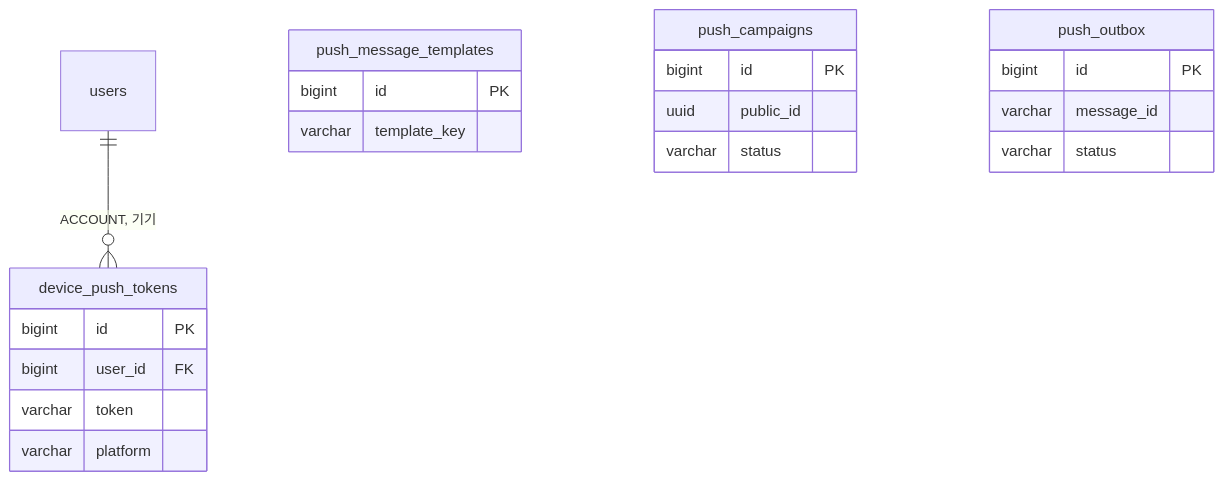
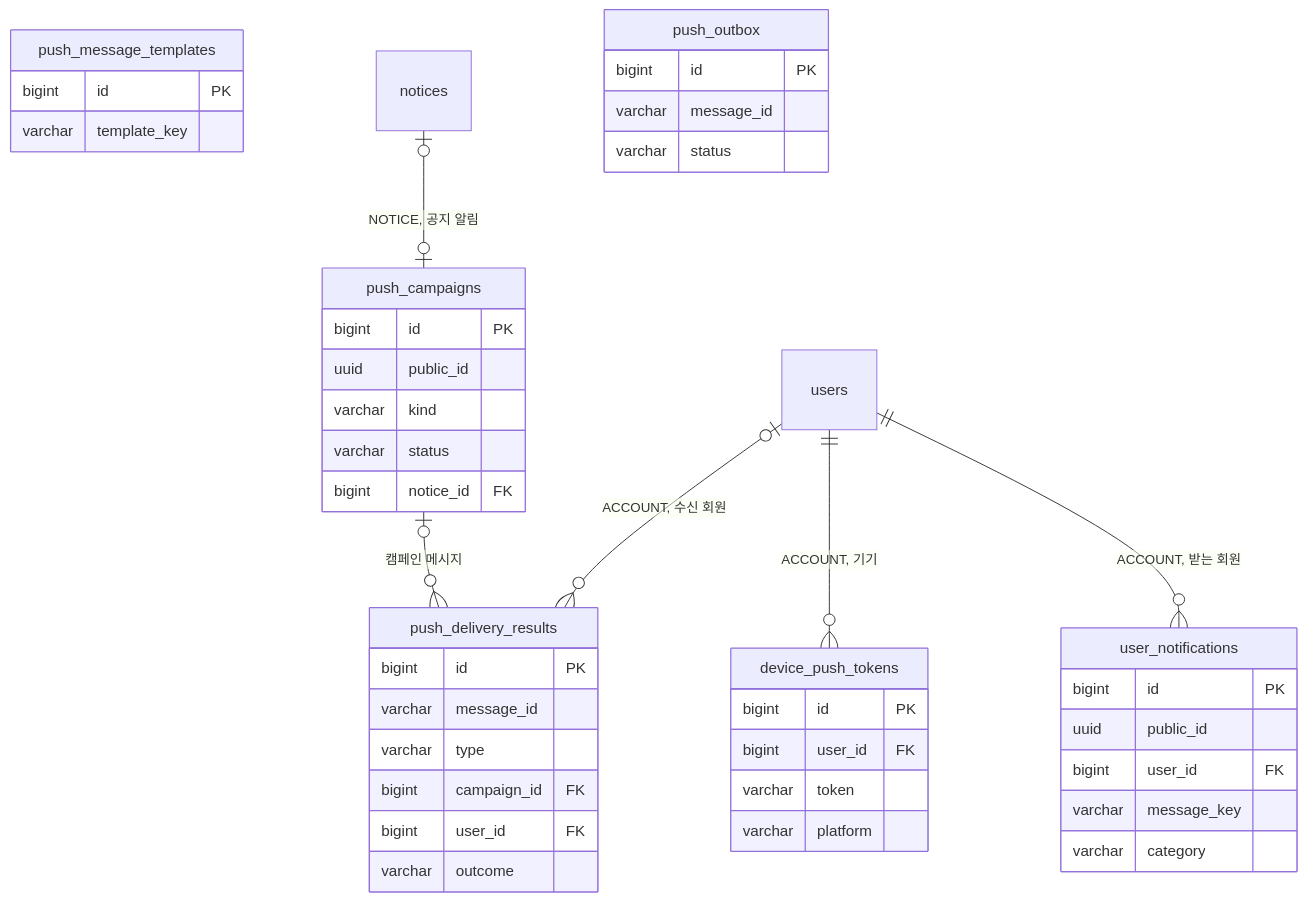
Before and after one commit to KIM-N-KANG/knk-harness: the diagram in docs/domain/NOTIFICATION/BACKEND/3-2-DB-SCHEMA.md, drawn with Mermaid. The commit also changed other lines of this file and 128 other files, not shown here.

````diff
--- a/docs/domain/NOTIFICATION/BACKEND/3-2-DB-SCHEMA.md
+++ b/docs/domain/NOTIFICATION/BACKEND/3-2-DB-SCHEMA.md
@@ -26,24 +26,45 @@
 ```mermaid
 erDiagram
     users ||--o{ device_push_tokens : "ACCOUNT, 기기"
     device_push_tokens {
         bigint id PK
         bigint user_id FK
         varchar token
         varchar platform
     }
+    users ||--o{ user_notifications : "ACCOUNT, 받는 회원"
+    user_notifications {
+        bigint id PK
+        uuid public_id
+        bigint user_id FK
+        varchar message_key
+        varchar category
+    }
     push_message_templates {
         bigint id PK
         varchar template_key
     }
+    notices |o--o| push_campaigns : "NOTICE, 공지 알림"
     push_campaigns {
         bigint id PK
         uuid public_id
+        varchar kind
         varchar status
+        bigint notice_id FK
     }
     push_outbox {
         bigint id PK
         varchar message_id
         varchar status
     }
+    push_campaigns |o--o{ push_delivery_results : "캠페인 메시지"
+    users |o--o{ push_delivery_results : "ACCOUNT, 수신 회원"
+    push_delivery_results {
+        bigint id PK
+        varchar message_id
+        varchar type
+        bigint campaign_id FK
+        bigint user_id FK
+        varchar outcome
+    }
 ```
````
